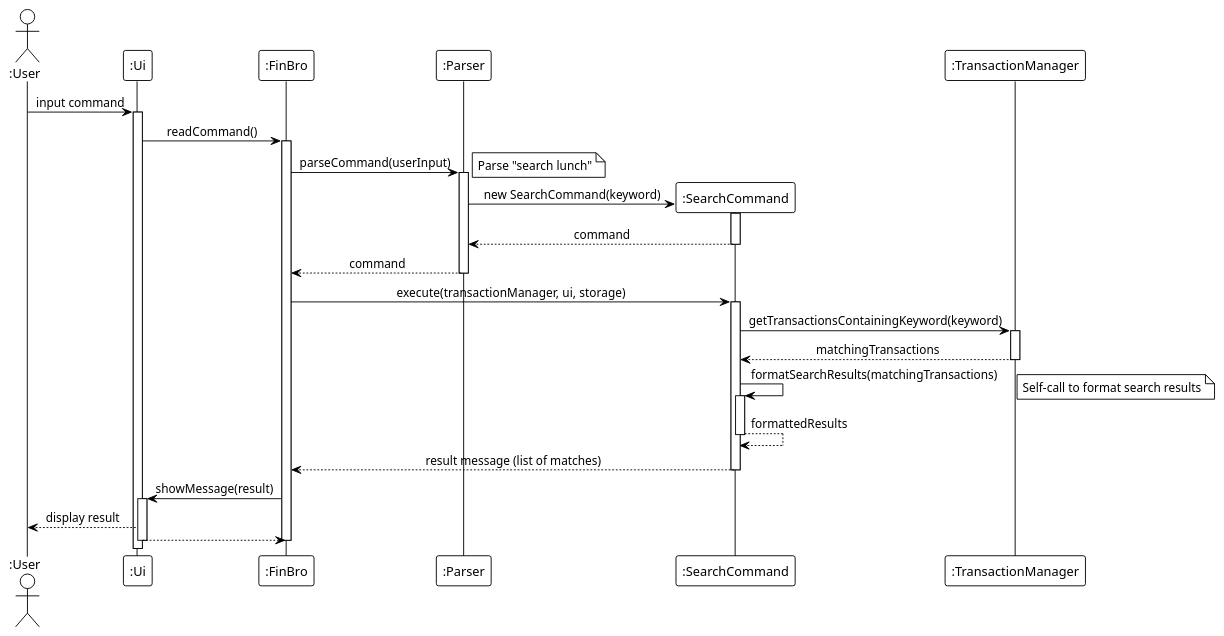
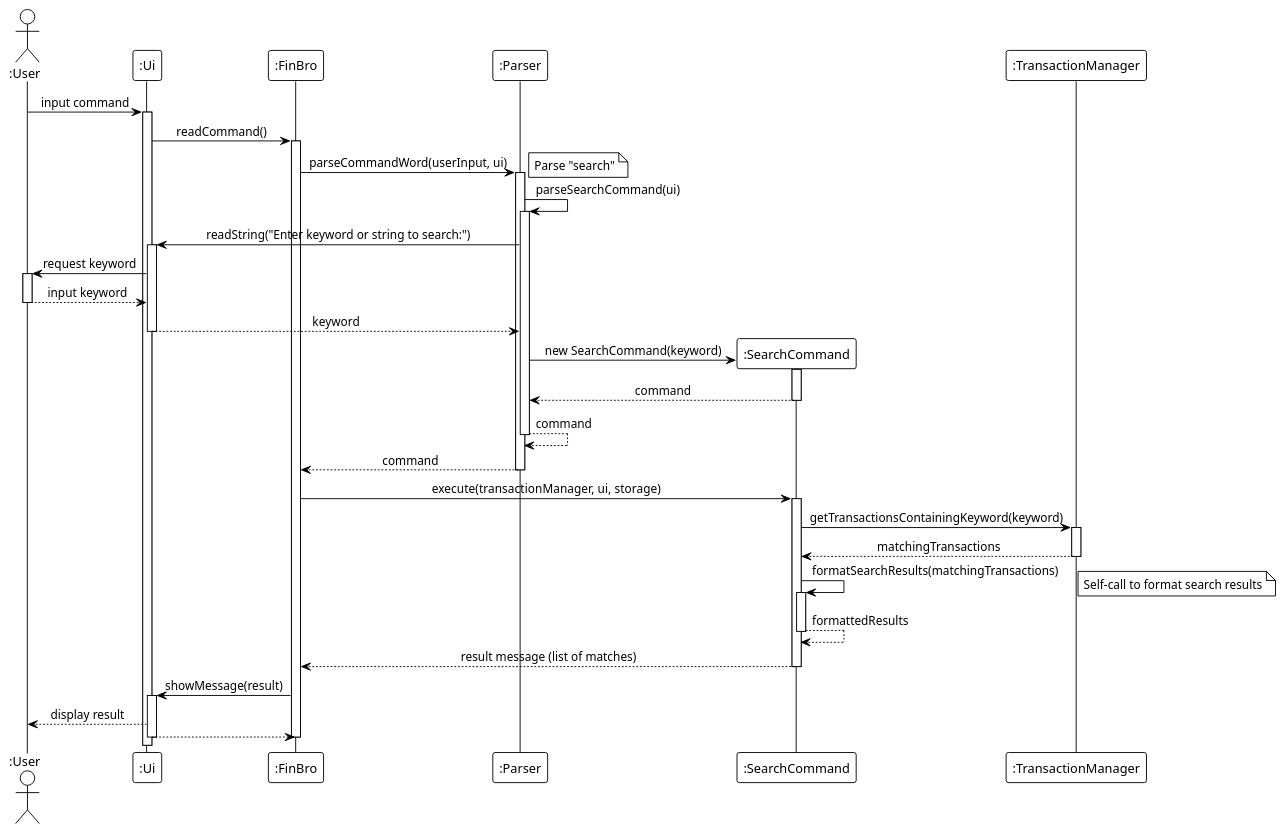
Before and after one commit to laitcanard05/tp: the diagram in docs/diagrams/puml/sequence/sequence-search.puml, drawn with PlantUML. The commit also changed 13 other files, not shown here.

Commit message:
Update sequence diagrams to reflect friendly CLI

```diff
--- a/docs/diagrams/puml/sequence/sequence-search.puml
+++ b/docs/diagrams/puml/sequence/sequence-search.puml
@@ -1,56 +1,70 @@
 @startuml
 !theme plain
 skinparam sequenceMessageAlign center
 skinparam responseMessageBelowArrow true
 skinparam lifelineStrategy nosolid
 
 actor ":User" as User
 participant ":Ui" as UI
 participant ":FinBro" as FinBro
 participant ":Parser" as Parser
 participant ":SearchCommand" as SearchCommand
 participant ":TransactionManager" as TransactionMgr
 
 User -> UI : input command
 activate UI
 
 UI -> FinBro : readCommand()
 activate FinBro
 
-FinBro -> Parser : parseCommand(userInput)
+FinBro -> Parser : parseCommandWord(userInput, ui)
 activate Parser
-note right: Parse "search lunch"
+note right: Parse "search"
+
+Parser -> Parser : parseSearchCommand(ui)
+activate Parser
+
+Parser -> UI : readString("Enter keyword or string to search:")
+activate UI
+UI -> User : request keyword
+activate User
+User --> UI : input keyword
+deactivate User
+UI --> Parser : keyword
+deactivate UI
 
 create SearchCommand
 Parser -> SearchCommand : new SearchCommand(keyword)
 activate SearchCommand
 SearchCommand --> Parser : command
 deactivate SearchCommand
+Parser --> Parser : command
+deactivate Parser
 Parser --> FinBro : command
 deactivate Parser
 
 FinBro -> SearchCommand : execute(transactionManager, ui, storage)
 activate SearchCommand
 
 SearchCommand -> TransactionMgr : getTransactionsContainingKeyword(keyword)
 activate TransactionMgr
 TransactionMgr --> SearchCommand : matchingTransactions
 deactivate TransactionMgr
 
 SearchCommand -> SearchCommand : formatSearchResults(matchingTransactions)
 activate SearchCommand
 note right: Self-call to format search results
 SearchCommand --> SearchCommand : formattedResults
 deactivate SearchCommand
 
 SearchCommand --> FinBro : result message (list of matches)
 deactivate SearchCommand
 
 FinBro -> UI : showMessage(result)
 activate UI
 UI --> User : display result
 UI --> FinBro
 deactivate UI
 deactivate FinBro
 
 @enduml
```
